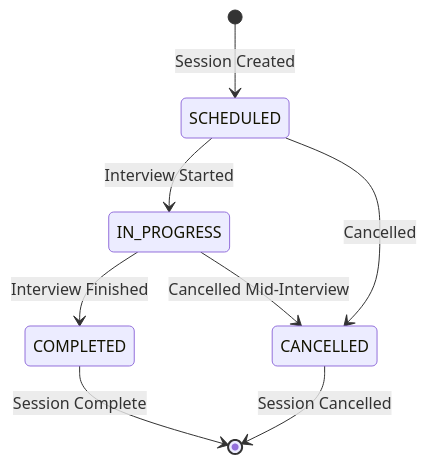
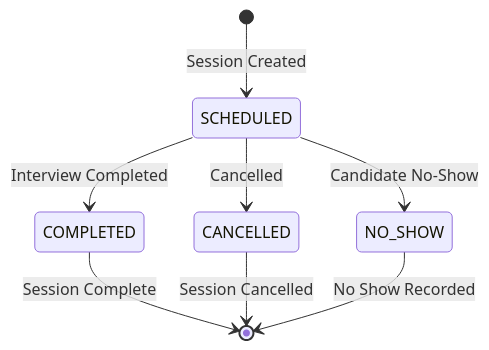
Diagram 12 of 13 in docs/RECRUITMENT_FLOW_JOB_POSTING_TO_INTERVIEW.md (blih-tech/BLIH-Business-Lifecycle-Integrated-Hub-sys), drawn with Mermaid before and after one commit. The commit also changed other lines of this file and 1 other file, not shown here.

````diff
--- a/docs/RECRUITMENT_FLOW_JOB_POSTING_TO_INTERVIEW.md
+++ b/docs/RECRUITMENT_FLOW_JOB_POSTING_TO_INTERVIEW.md
@@ -1578,10 +2399,10 @@
 ```mermaid
 stateDiagram-v2
     [*] --> SCHEDULED: Session Created
-    SCHEDULED --> IN_PROGRESS: Interview Started
+    SCHEDULED --> COMPLETED: Interview Completed
     SCHEDULED --> CANCELLED: Cancelled
-    IN_PROGRESS --> COMPLETED: Interview Finished
-    IN_PROGRESS --> CANCELLED: Cancelled Mid-Interview
+    SCHEDULED --> NO_SHOW: Candidate No-Show
     COMPLETED --> [*]: Session Complete
     CANCELLED --> [*]: Session Cancelled
+    NO_SHOW --> [*]: No Show Recorded
 ```
````
